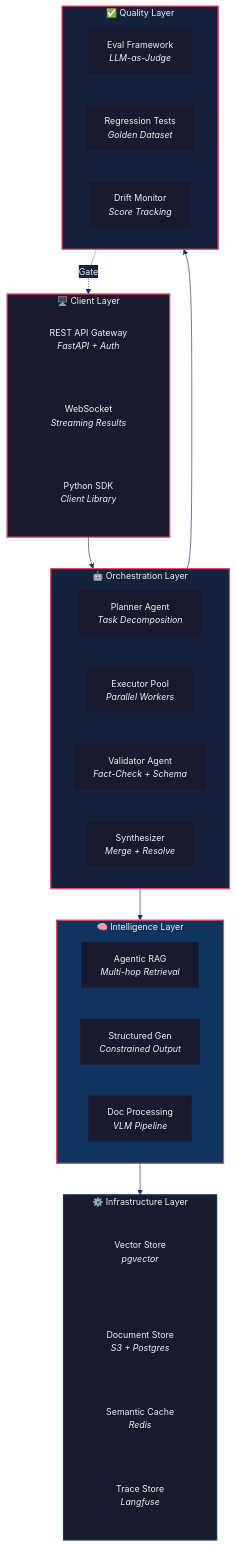
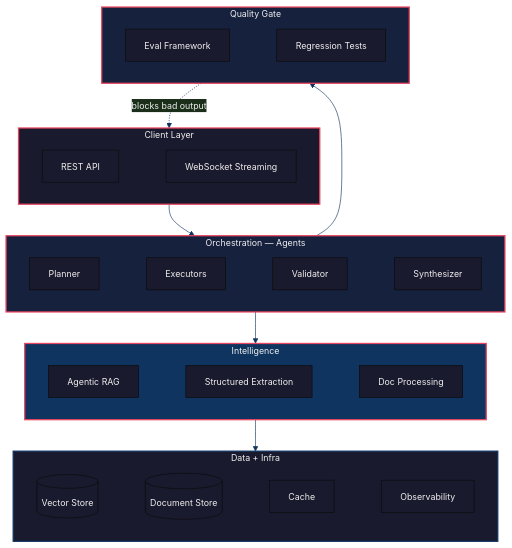
Before and after one commit to climax-dev-1/temp: the first of 8 diagrams in README.md, drawn with Mermaid. The commit also changed other lines of this file, not shown here.

````diff
--- a/README.md
+++ b/README.md
@@ -9,52 +27,38 @@
 ```mermaid
-%%{init: {'theme': 'base', 'themeVariables': { 'primaryColor': '#1a1a2e', 'primaryTextColor': '#eee', 'primaryBorderColor': '#16213e', 'lineColor': '#0f3460', 'secondaryColor': '#16213e', 'tertiaryColor': '#0f3460', 'fontSize': '14px'}}}%%
+%%{init: {'theme': 'base', 'themeVariables': { 'primaryColor': '#1a1a2e', 'primaryTextColor': '#eee', 'lineColor': '#0f3460', 'fontSize': '14px'}}}%%
 graph TB
-    subgraph CLIENT["🖥️ Client Layer"]
+    subgraph CLIENT["Client Layer"]
         direction LR
-        API["REST API Gateway<br/><i>FastAPI + Auth</i>"]
-        WS["WebSocket<br/><i>Streaming Results</i>"]
-        SDK["Python SDK<br/><i>Client Library</i>"]
+        API["REST API"] ~~~ WS["WebSocket Streaming"]
     end
 
-    subgraph ORCH["🤖 Orchestration Layer"]
+    subgraph ORCH["Orchestration — Agents"]
         direction LR
-        PLANNER["Planner Agent<br/><i>Task Decomposition</i>"]
-        EXEC["Executor Pool<br/><i>Parallel Workers</i>"]
-        VALID["Validator Agent<br/><i>Fact-Check + Schema</i>"]
-        SYNTH["Synthesizer<br/><i>Merge + Resolve</i>"]
+        PLANNER["Planner"] ~~~ EXEC["Executors"] ~~~ VALID["Validator"] ~~~ SYNTH["Synthesizer"]
     end
 
-    subgraph INTEL["🧠 Intelligence Layer"]
+    subgraph INTEL["Intelligence"]
         direction LR
-        RAG["Agentic RAG<br/><i>Multi-hop Retrieval</i>"]
-        STRUCT["Structured Gen<br/><i>Constrained Output</i>"]
-        DOCPROC["Doc Processing<br/><i>VLM Pipeline</i>"]
+        RAG["Agentic RAG"] ~~~ STRUCT["Structured Extraction"] ~~~ DOCPROC["Doc Processing"]
     end
 
-    subgraph INFRA["⚙️ Infrastructure Layer"]
+    subgraph INFRA["Data + Infra"]
         direction LR
-        VECTOR[("Vector Store<br/><i>pgvector</i>")]
-        DOCDB[("Document Store<br/><i>S3 + Postgres</i>")]
-        CACHE["Semantic Cache<br/><i>Redis</i>"]
-        TRACE["Trace Store<br/><i>Langfuse</i>"]
+        VECTOR[("Vector Store")] ~~~ DOCDB[("Document Store")] ~~~ CACHE["Cache"] ~~~ TRACE["Observability"]
     end
 
-    subgraph QUALITY["✅ Quality Layer"]
+    subgraph QUALITY["Quality Gate"]
         direction LR
-        EVAL["Eval Framework<br/><i>LLM-as-Judge</i>"]
-        REGRESS["Regression Tests<br/><i>Golden Dataset</i>"]
-        MONITOR["Drift Monitor<br/><i>Score Tracking</i>"]
+        EVAL["Eval Framework"] ~~~ REGRESS["Regression Tests"]
     end
 
-    CLIENT --> ORCH
-    ORCH --> INTEL
-    INTEL --> INFRA
+    CLIENT --> ORCH --> INTEL --> INFRA
     ORCH --> QUALITY
-    QUALITY -.->|"Gate"| CLIENT
+    QUALITY -.->|"blocks bad output"| CLIENT
 
     style CLIENT fill:#1a1a2e,stroke:#e94560,stroke-width:2px,color:#eee
     style ORCH fill:#16213e,stroke:#e94560,stroke-width:2px,color:#eee
     style INTEL fill:#0f3460,stroke:#e94560,stroke-width:2px,color:#eee
     style INFRA fill:#1a1a2e,stroke:#0f3460,stroke-width:2px,color:#eee
     style QUALITY fill:#16213e,stroke:#e94560,stroke-width:2px,color:#eee
 ```
````
